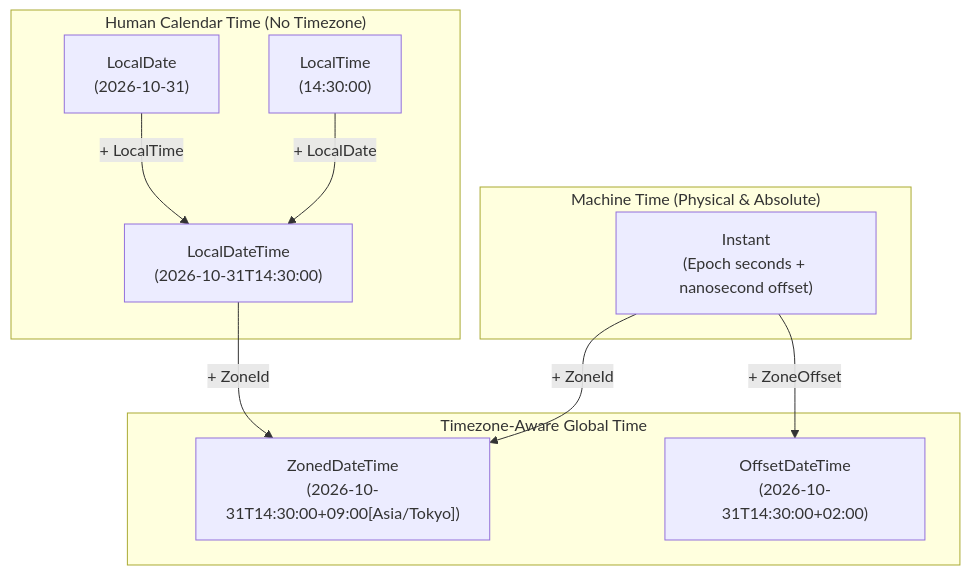
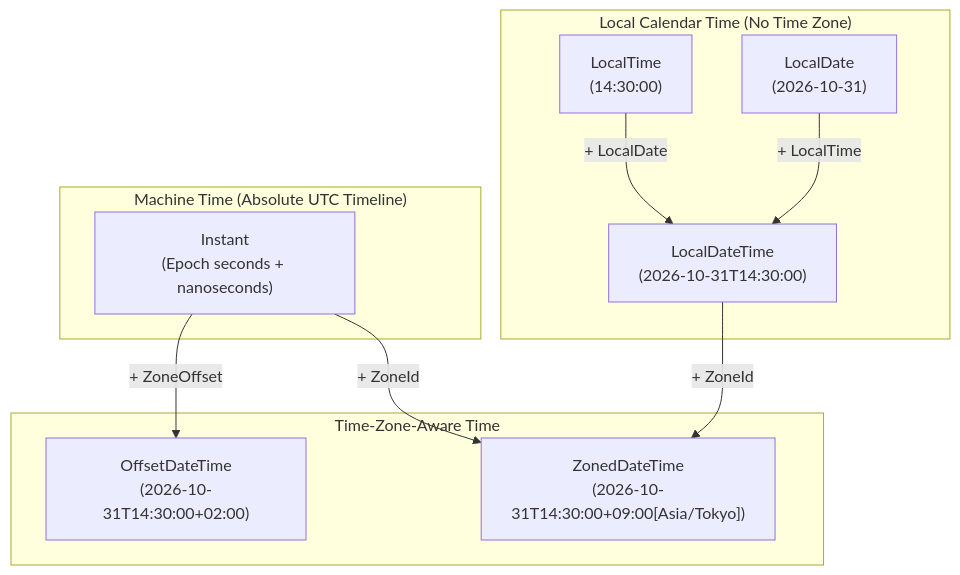
The first of 2 diagrams in content/roadmap/level-2/modern-core-apis.md (ravishankar2463/java_hub), drawn with Mermaid before and after one commit. The commit also changed other lines of this file and 119 other files, not shown here.

Commit message:
feat: add comprehensive java learning roadmap content across multiple levels

````diff
--- a/content/roadmap/level-2/modern-core-apis.md
+++ b/content/roadmap/level-2/modern-core-apis.md
@@ -75,23 +30,23 @@
 ```mermaid
 flowchart TD
-    subgraph MachineTime ["Machine Time (Physical & Absolute)"]
-        InstantNode["Instant<br/>(Epoch seconds + nanosecond offset)"]
+    subgraph MachineTime ["Machine Time (Absolute UTC Timeline)"]
+        InstantNode["Instant<br/>(Epoch seconds + nanoseconds)"]
     end
 
-    subgraph HumanTime ["Human Calendar Time (No Timezone)"]
+    subgraph HumanTime ["Local Calendar Time (No Time Zone)"]
         LocalDateNode["LocalDate<br/>(2026-10-31)"]
         LocalTimeNode["LocalTime<br/>(14:30:00)"]
         LocalDateTimeNode["LocalDateTime<br/>(2026-10-31T14:30:00)"]
     end
 
-    subgraph GlobalTime ["Timezone-Aware Global Time"]
+    subgraph ZonedTime ["Time-Zone-Aware Time"]
+        OffsetDateTimeNode["OffsetDateTime<br/>(2026-10-31T14:30:00+02:00)"]
         ZonedDateTimeNode["ZonedDateTime<br/>(2026-10-31T14:30:00+09:00[Asia/Tokyo])"]
-        OffsetDateTimeNode["OffsetDateTime<br/>(2026-10-31T14:30:00+02:00)"]
     end
 
     LocalDateNode -->|"+ LocalTime"| LocalDateTimeNode
     LocalTimeNode -->|"+ LocalDate"| LocalDateTimeNode
     LocalDateTimeNode -->|"+ ZoneId"| ZonedDateTimeNode
+    InstantNode -->|"+ ZoneOffset"| OffsetDateTimeNode
     InstantNode -->|"+ ZoneId"| ZonedDateTimeNode
-    InstantNode -->|"+ ZoneOffset"| OffsetDateTimeNode
 ```
````
